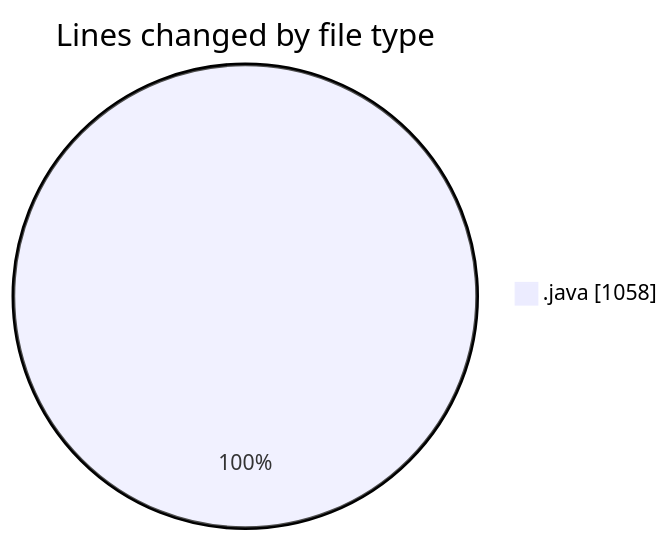
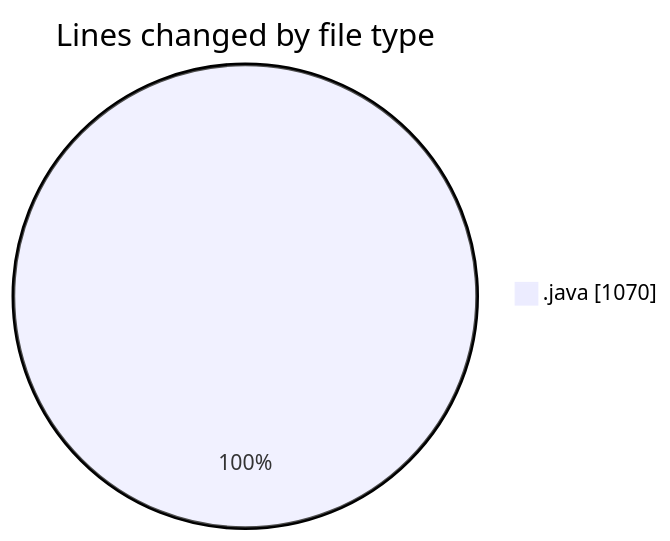
Before and after one commit to Elitesun/code-tracking: the first of 2 diagrams in 2025-02-20/gymmanager/README.md, drawn with Mermaid. The commit also changed other lines of this file and 1 other file, not shown here.

````diff
--- a/2025-02-20/gymmanager/README.md
+++ b/2025-02-20/gymmanager/README.md
@@ -27,5 +27,5 @@
 ```mermaid
 pie showData
 title Lines changed by file type
-".java" : 1058
+".java" : 1070
 ```
````
